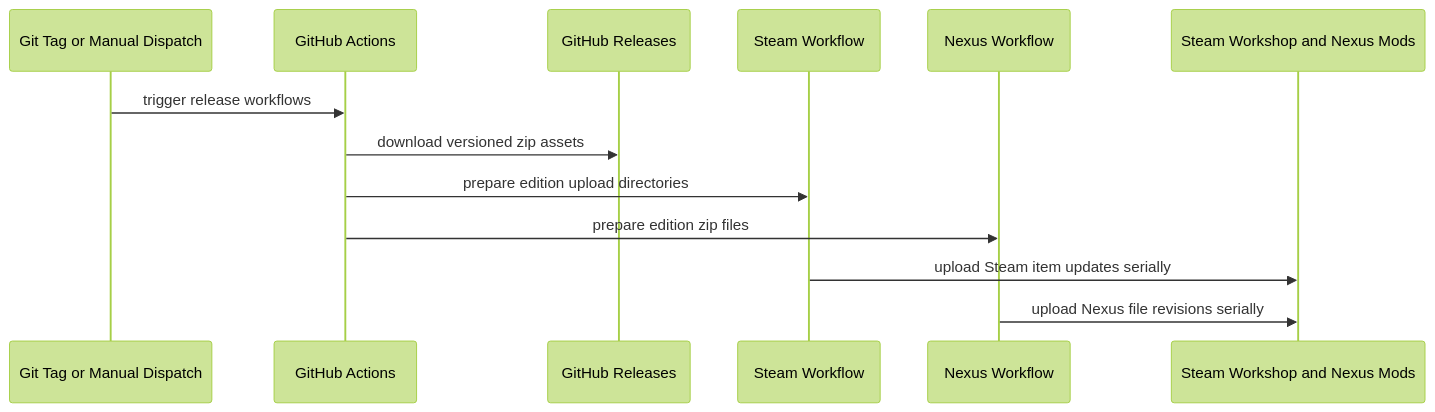
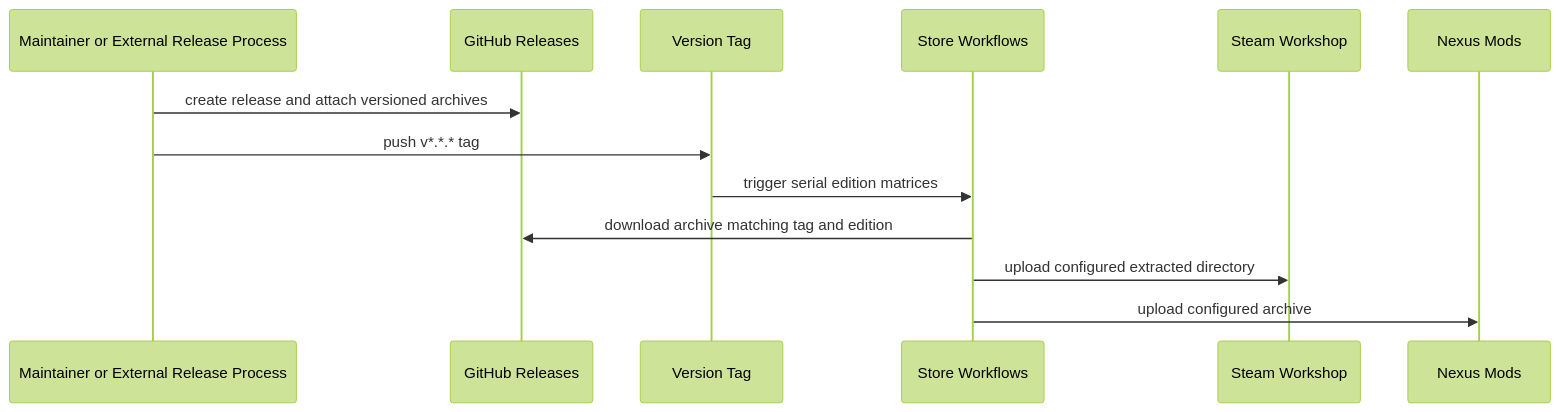
The seventh of 8 diagrams in ARCHITECTURE.md (hmlendea/more-cultural-names), drawn with Mermaid (forest theme) before and after one commit. The commit also changed other lines of this file, not shown here.

Commit message:
architecture: Created ARCHITECTURE.md

````diff
--- a/ARCHITECTURE.md
+++ b/ARCHITECTURE.md
@@ -316,16 +356,16 @@
 ```mermaid
 sequenceDiagram
-    participant Tag as Git Tag or Manual Dispatch
-    participant GH as GitHub Actions
+    participant Producer as Maintainer or External Release Process
     participant Release as GitHub Releases
-    participant Steam as Steam Workflow
-    participant Nexus as Nexus Workflow
-    participant Stores as Steam Workshop and Nexus Mods
+    participant Tag as Version Tag
+    participant Actions as Store Workflows
+    participant Steam as Steam Workshop
+    participant Nexus as Nexus Mods
 
-    Tag->>GH: trigger release workflows
-    GH->>Release: download versioned zip assets
-    GH->>Steam: prepare edition upload directories
-    GH->>Nexus: prepare edition zip files
-    Steam->>Stores: upload Steam item updates serially
-    Nexus->>Stores: upload Nexus file revisions serially
+    Producer->>Release: create release and attach versioned archives
+    Producer->>Tag: push v*.*.* tag
+    Tag->>Actions: trigger serial edition matrices
+    Actions->>Release: download archive matching tag and edition
+    Actions->>Steam: upload configured extracted directory
+    Actions->>Nexus: upload configured archive
 ```
````
